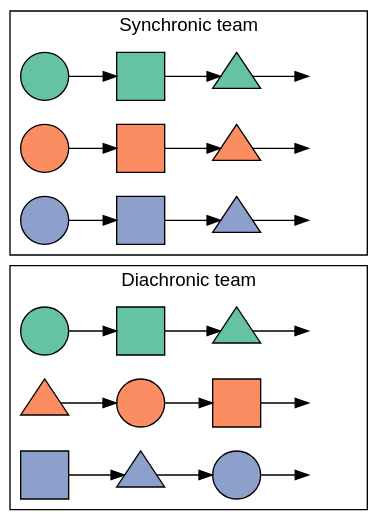
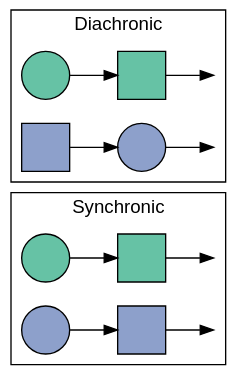
Before and after one commit to pedmiston/diachronic-teams: the diagram in evoteams/inst/extdata/multiple-projects.gv, drawn with Graphviz. The commit also changed 5 other files, not shown here.

```diff
--- a/evoteams/inst/extdata/multiple-projects.gv
+++ b/evoteams/inst/extdata/multiple-projects.gv
@@ -1,37 +1,34 @@
 digraph {
   fontname=helvetica;
   node[fontname=helvetica; label=""; style=filled; width=0.5];
   rankdir=LR;
   bgcolor=transparent;
 
-  // Determine subgraph order
-  d1a, s1a;
+  // Set cluster order (top to bottom) by initializing
+  // nodes in each cluster starting from bottom to top
+  s1a, d1a;
 
   // Colors are people
-  s1b, s2b, s3b, d1b, d2b, d3b[fillcolor="#FC8D62"];
-  s1a, s2a, s3a, d1a, d2a, d3a[fillcolor="#66C2A5"];
-  s1c, s2c, s3c, d1c, d2c, d3c[fillcolor="#8DA0CB"];
+  s1a, s2a, d1a, d2a[fillcolor="#66C2A5"];
+  s1b, s2b, d1b, d2b[fillcolor="#8DA0CB"];
 
   // Shapes are projects
-  s1a, s1b, s1c, d1a, d2b, d3c[shape=circle];
-  s2a, s2b, s2c, d1c, d2a, d3b[shape=square];
-  s3a, s3b, s3c, d1b, d2c, d3a[shape=triangle];
+  s1a, s1b, d1a, d2b[shape=circle];
+  s2a, s2b, d1b, d2a[shape=square];
 
   // Invisible last nodes
-  sinv1, sinv2, sinv3, dinv1, dinv2, dinv3[style=invis];
+  sinv1, sinv2, dinv1, dinv2[style=invis, width=0];
 
-  subgraph cluster0 {
-    label="Synchronic team";
-    s1a -> s2a -> s3a -> sinv1;
-    s1b -> s2b -> s3b -> sinv2;
-    s1c -> s2c -> s3c -> sinv3;
+  subgraph cluster1 {
+    label="Synchronic";
+    s1a -> s2a -> sinv1;
+    s1b -> s2b -> sinv2;
   }
 
-  subgraph cluster1 {
-    label="Diachronic team";
-    d1a -> d2a -> d3a -> dinv1;
-    d1b -> d2b -> d3b -> dinv2;
-    d1c -> d2c -> d3c -> dinv3;
+  subgraph cluster2 {
+    label="Diachronic";
+    d1a -> d2a -> dinv1;
+    d1b -> d2b -> dinv2;
   }
 
 }
```
